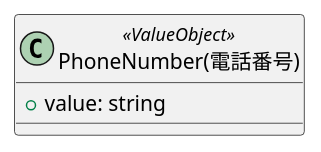
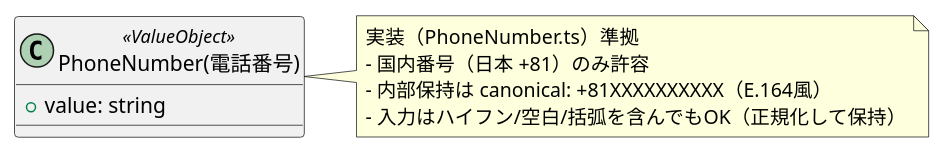
One commit to misdo-tabeyo/funny-reservation changed the diagram in src/Domain/models/Booking/PhoneNumber/PhoneNumber.pu. Above: the diagram before and after it, drawn with PlantUML. The commit also changed 7 other files, not shown here.

Commit message:
docs: ドメインモデル図を実装に合わせて更新

```diff
--- a/src/Domain/models/Booking/PhoneNumber/PhoneNumber.pu
+++ b/src/Domain/models/Booking/PhoneNumber/PhoneNumber.pu
@@ -1,5 +1,12 @@
 @startuml PhoneNumber
 class "PhoneNumber(電話番号)" as PhoneNumber <<ValueObject>> {
   + value: string
 }
+
+note right of PhoneNumber
+  実装（PhoneNumber.ts）準拠
+  - 国内番号（日本 +81）のみ許容
+  - 内部保持は canonical: +81XXXXXXXXXX（E.164風）
+  - 入力はハイフン/空白/括弧を含んでもOK（正規化して保持）
+end note
 @enduml
```
